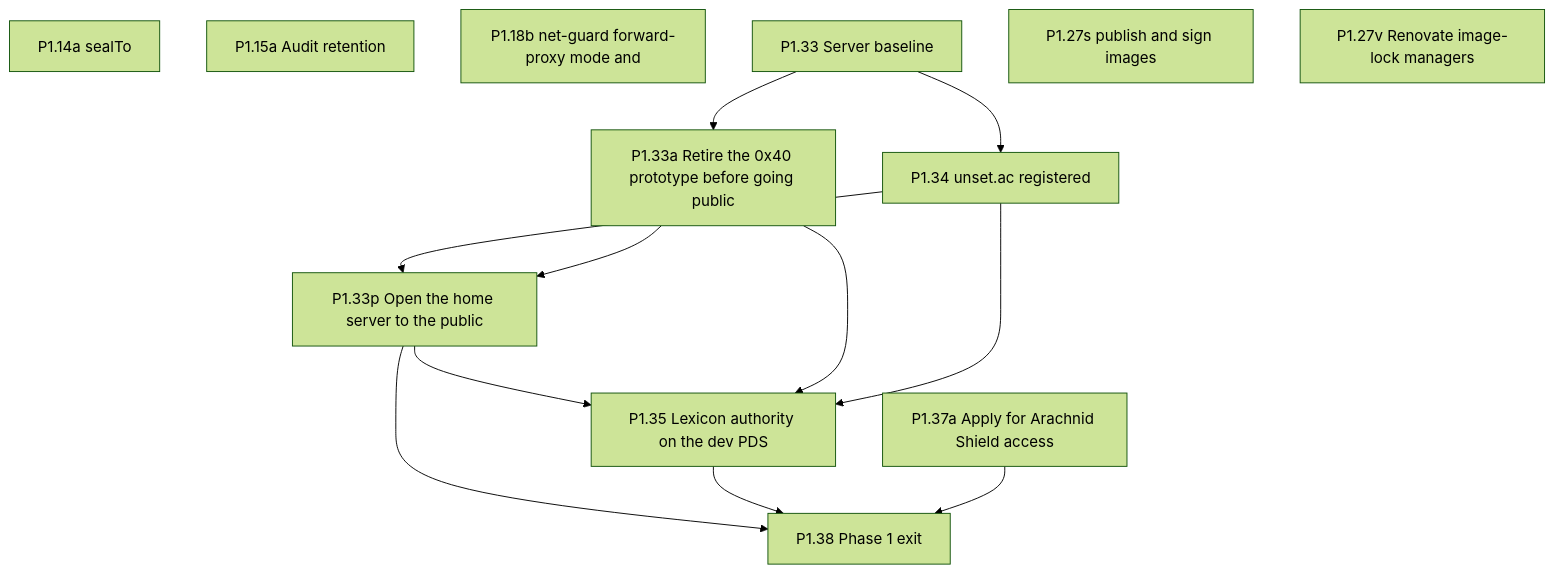
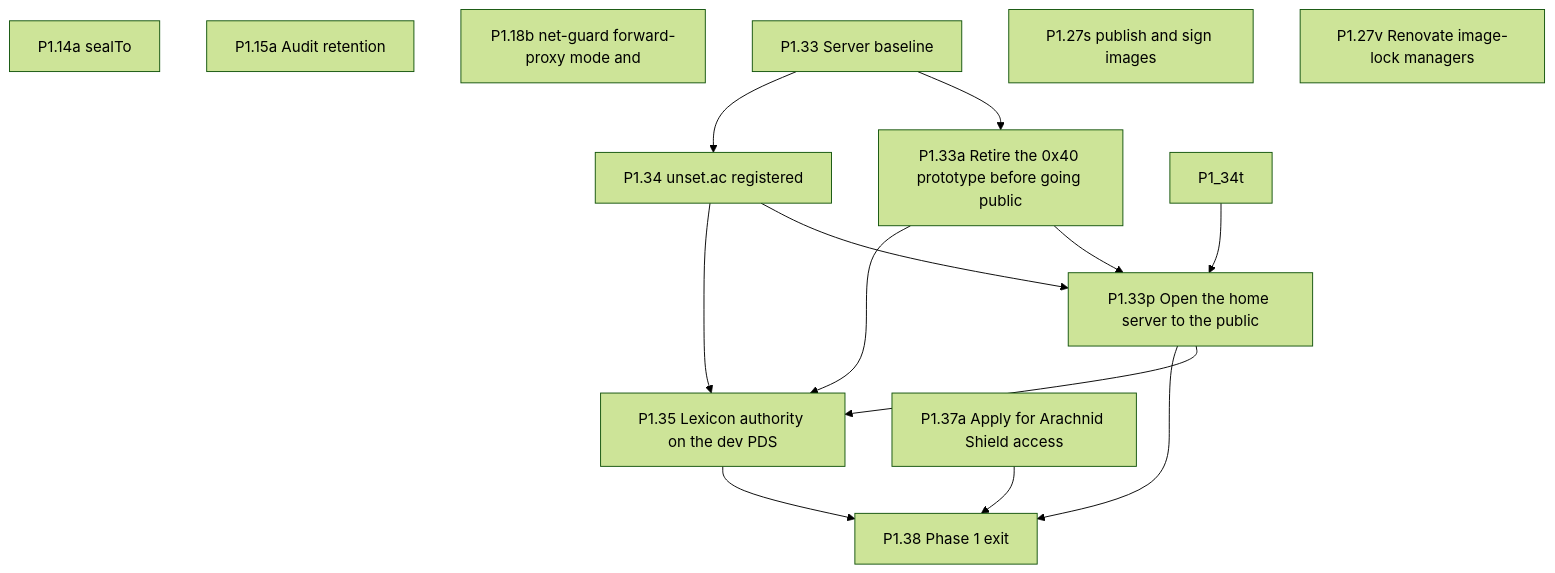
Before and after one commit to Undefined6799/unset: the fourth of 11 diagrams in docs/ai/book/01-outline.md, drawn with Mermaid (forest theme). The commit also changed other lines of this file and 1 other file, not shown here.

````diff
--- a/docs/ai/book/01-outline.md
+++ b/docs/ai/book/01-outline.md
@@ -1116,25 +1160,26 @@
 ```mermaid
 flowchart TD
   P1_14a["P1.14a sealTo"]
   P1_15a["P1.15a Audit retention"]
   P1_18b["P1.18b net-guard forward-proxy mode and"]
   P1_33["P1.33 Server baseline"]
   P1_33a["P1.33a Retire the 0x40 prototype before going public"]
   P1_33p["P1.33p Open the home server to the public"]
   P1_34["P1.34 unset.ac registered"]
   P1_35["P1.35 Lexicon authority on the dev PDS"]
   P1_27s["P1.27s publish and sign images"]
   P1_27v["P1.27v Renovate image-lock managers"]
   P1_37a["P1.37a Apply for Arachnid Shield access"]
   P1_38["P1.38 Phase 1 exit"]
   P1_33 --> P1_33a
   P1_33 --> P1_34
   P1_34 --> P1_33p
+  P1_34t --> P1_33p
   P1_33a --> P1_33p
   P1_33p --> P1_35
   P1_33a --> P1_35
   P1_33p --> P1_38
   P1_34 --> P1_35
   P1_35 --> P1_38
   P1_37a --> P1_38
 ```
````
